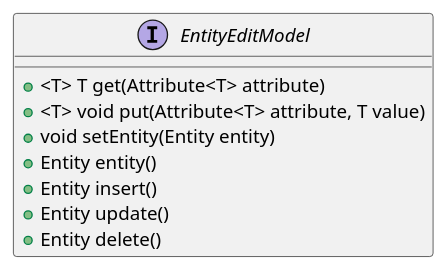
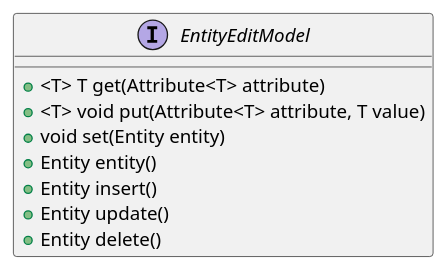
Before and after one commit to codion-is/codion: the diagram in documentation/src/docs/asciidoc/manual/framework-entity-edit-model.adoc, drawn with PlantUML. The commit also changed other lines of this file and 2 other files, not shown here.

Commit message:
Minor doc fixes

```diff
--- a/documentation/src/docs/asciidoc/manual/framework-entity-edit-model.adoc
+++ b/documentation/src/docs/asciidoc/manual/framework-entity-edit-model.adoc
@@ -5,14 +5,14 @@
 [plantuml, entity-edit-model-diagram, svg, align=center]
 -------------------------------------------
 skinparam genericDisplay old
 
 interface EntityEditModel {
     +<T> T get(Attribute<T> attribute)
     +<T> void put(Attribute<T> attribute, T value)
-    +void setEntity(Entity entity)
+    +void set(Entity entity)
     +Entity entity()
     +Entity insert()
     +Entity update()
     +Entity delete()
 }
 -------------------------------------------
```
